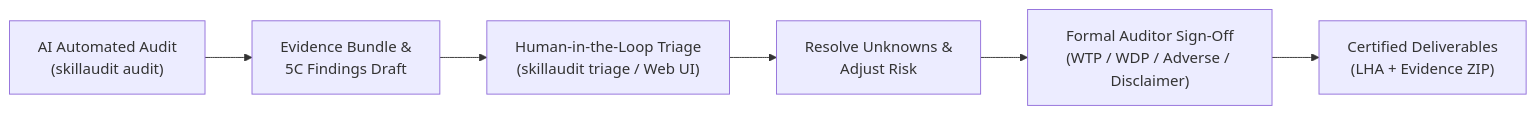
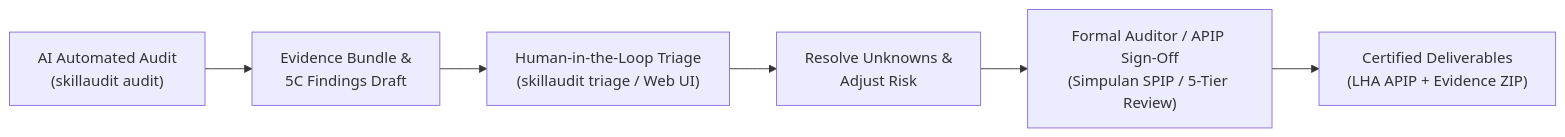
The diagram in skills/document-auditor/SKILL.md (BBB30011/audit_anything), drawn with Mermaid before and after one commit. The commit also changed other lines of this file and 9 other files, not shown here.

````diff
--- a/skills/document-auditor/SKILL.md
+++ b/skills/document-auditor/SKILL.md
@@ -95,8 +95,8 @@
 ```mermaid
 flowchart LR
     A["AI Automated Audit\n(skillaudit audit)"] --> B["Evidence Bundle &\n5C Findings Draft"]
     B --> C["Human-in-the-Loop Triage\n(skillaudit triage / Web UI)"]
     C --> D["Resolve Unknowns &\nAdjust Risk"]
-    D --> E["Formal Auditor Sign-Off\n(WTP / WDP / Adverse / Disclaimer)"]
-    E --> F["Certified Deliverables\n(LHA + Evidence ZIP)"]
+    D --> E["Formal Auditor / APIP Sign-Off\n(Simpulan SPIP / 5-Tier Review)"]
+    E --> F["Certified Deliverables\n(LHA APIP + Evidence ZIP)"]
 ```
````
